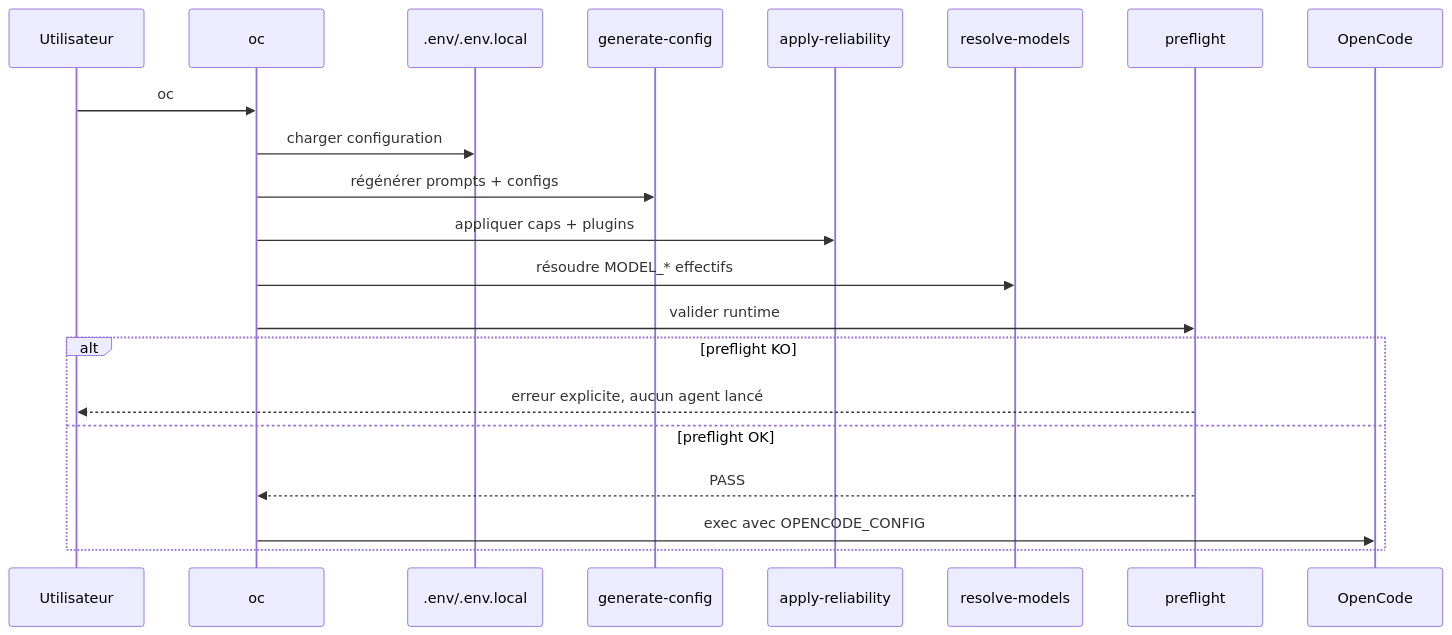
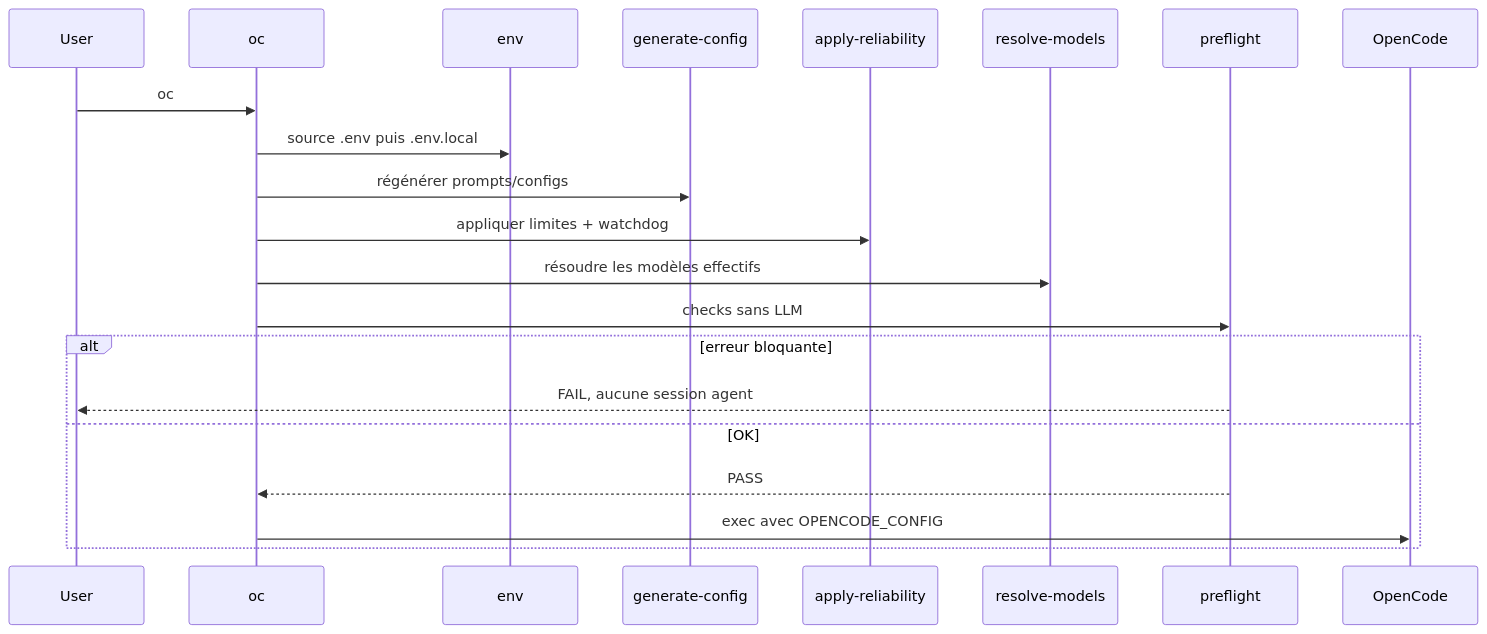
Before and after one commit to ylascaux/opencode-agent-toolkit: the second of 4 diagrams in docs/fr/SYSTEM_ARCHITECTURE.md, drawn with Mermaid. The commit also changed other lines of this file, not shown here.

Commit message:
Align French system architecture with advanced guardrails

````diff
--- a/docs/fr/SYSTEM_ARCHITECTURE.md
+++ b/docs/fr/SYSTEM_ARCHITECTURE.md
@@ -118,24 +130,24 @@
 ```mermaid
 sequenceDiagram
-    participant U as Utilisateur
+    participant U as User
     participant CLI as oc
-    participant ENV as .env/.env.local
+    participant ENV as env
     participant GEN as generate-config
     participant REL as apply-reliability
     participant MOD as resolve-models
     participant PF as preflight
     participant OC as OpenCode
 
     U->>CLI: oc
-    CLI->>ENV: charger configuration
-    CLI->>GEN: régénérer prompts + configs
-    CLI->>REL: appliquer caps + plugins
-    CLI->>MOD: résoudre MODEL_* effectifs
-    CLI->>PF: valider runtime
-    alt preflight KO
-        PF-->>U: erreur explicite, aucun agent lancé
-    else preflight OK
+    CLI->>ENV: source .env puis .env.local
+    CLI->>GEN: régénérer prompts/configs
+    CLI->>REL: appliquer limites + watchdog
+    CLI->>MOD: résoudre les modèles effectifs
+    CLI->>PF: checks sans LLM
+    alt erreur bloquante
+        PF-->>U: FAIL, aucune session agent
+    else OK
         PF-->>CLI: PASS
         CLI->>OC: exec avec OPENCODE_CONFIG
     end
 ```
````
